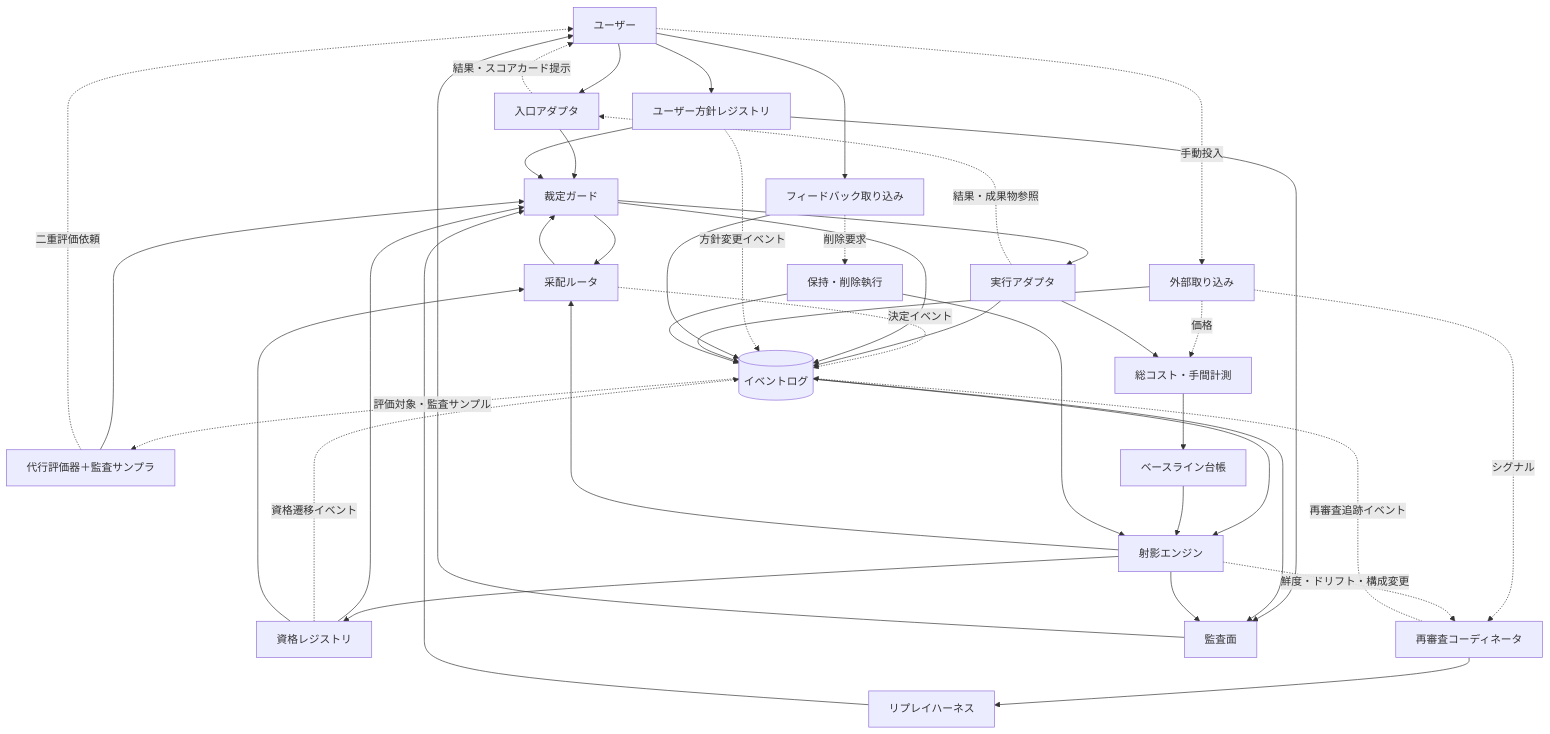
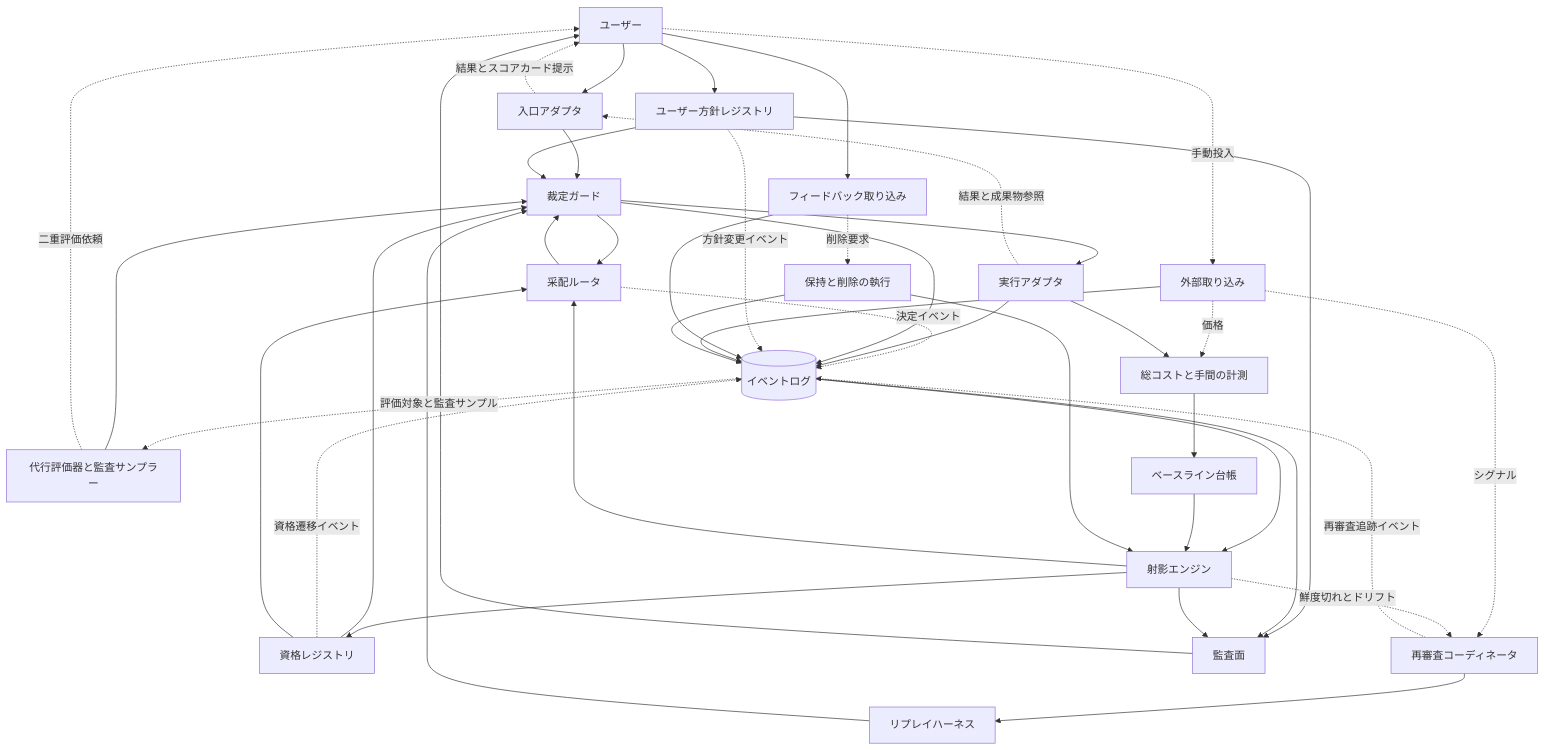
One commit to megumish/agent-dock changed the diagram in DESIGN.md. Above: the diagram before and after it, drawn with Mermaid. The commit also changed other lines of this file and 4 other files, not shown here.

````diff
--- a/DESIGN.md
+++ b/DESIGN.md
@@ -44,45 +68,45 @@
 ```mermaid
 graph TD
     U[ユーザー] --> E[入口アダプタ]
     U --> FB[フィードバック取り込み]
     E --> G[裁定ガード]
     G --> R[采配ルータ]
     R --> G
     R -. 決定イベント .-> LOG
     G --> RUN[実行アダプタ]
-    RUN -. 結果・成果物参照 .-> E
-    E -. 結果・スコアカード提示 .-> U
+    RUN -. 結果と成果物参照 .-> E
+    E -. 結果とスコアカード提示 .-> U
     RUN --> LOG[(イベントログ)]
     G --> LOG
     U --> UP[ユーザー方針レジストリ]
     UP --> G
     UP -. 方針変更イベント .-> LOG
     QR[資格レジストリ] --> G
     QR -. 資格遷移イベント .-> LOG
     FB --> LOG
     FB -. 削除要求 .-> RD
-    LOG -. 評価対象・監査サンプル .-> PX[代行評価器＋監査サンプラ]
+    LOG -. 評価対象と監査サンプル .-> PX[代行評価器と監査サンプラー]
     PX --> G
     PX -. 二重評価依頼 .-> U
     RP[リプレイハーネス] --> G
     EXT[外部取り込み] --> LOG
     U -. 手動投入 .-> EXT
     EXT -. 価格 .-> CM
     EXT -. シグナル .-> RC
-    PRJ -. 鮮度・ドリフト・構成変更 .-> RC[再審査コーディネータ]
+    PRJ -. 鮮度切れとドリフト .-> RC[再審査コーディネータ]
     RC -. 再審査追跡イベント .-> LOG
     RC --> RP
     LOG --> PRJ[射影エンジン]
     BL[ベースライン台帳] --> PRJ
-    RUN --> CM[総コスト・手間計測]
+    RUN --> CM[総コストと手間の計測]
     CM --> BL
     PRJ --> QR
     PRJ --> R
     QR --> R
-    RD[保持・削除執行] --> LOG
+    RD[保持と削除の執行] --> LOG
     RD --> PRJ
     UP --> AV[監査面]
     LOG --> AV
     PRJ --> AV
     AV --> U
 ```
````
